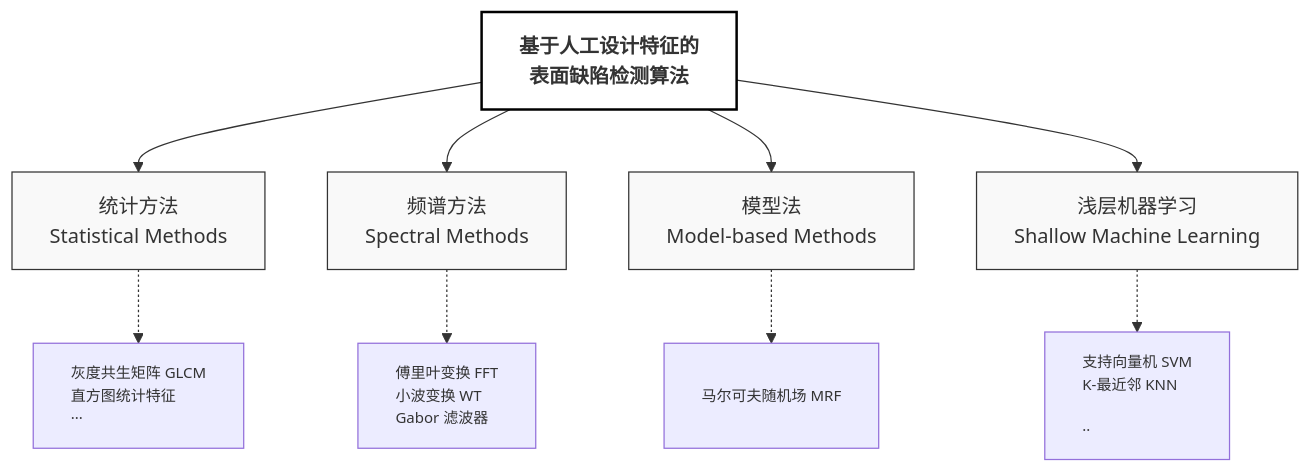
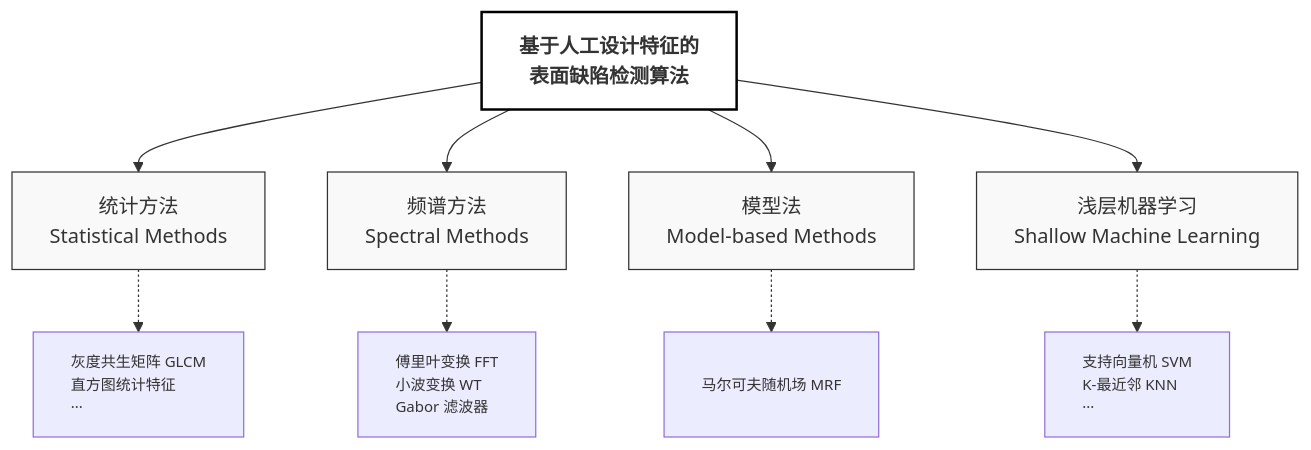
One commit to MAOSHENGsong/iodraw-files changed the diagram in all/未命名-1.md. Above: the diagram before and after it, drawn with Mermaid.

Commit message:
2026-03-17 18:28:52 update

````diff
--- a/all/未命名-1.md
+++ b/all/未命名-1.md
@@ -1,43 +1,43 @@
 ```mermaid
 graph TB
     %% 核心标题
     Main[
     基于人工设计特征的
     表面缺陷检测算法] 
     
     %% 第一层级：四大分支
     Statistical[统计方法<br/>Statistical Methods]
     Spectral[频谱方法<br/>Spectral Methods]
     Model[模型法<br/>Model-based Methods]
     Machine[浅层机器学习<br/>Shallow Machine Learning]
 
     %% 第二层级：典型算法
     Sub_Stat[灰度共生矩阵 GLCM<br/>直方图统计特征<br/>···]
     Sub_Spec[傅里叶变换 FFT<br/>小波变换 WT<br/>Gabor 滤波器]
     Sub_Mod[<br/>马尔可夫随机场 MRF<br/><br/>]
-    Sub_Mach[支持向量机 SVM<br/>K-最近邻 KNN<br/><br/>··]
+    Sub_Mach[支持向量机 SVM<br/>K-最近邻 KNN<br/>···]
 
     %% 建立连接
     Main --> Statistical
     Main --> Spectral
     Main --> Model
     Main --> Machine
 
     Statistical -.-> Sub_Stat
     Spectral -.-> Sub_Spec
     Model -.-> Sub_Mod
     Machine -.-> Sub_Mach
 
     %% 样式美化：论文通常使用白底黑字或淡色调
     style Main fill:#ffffff,stroke:#000,stroke-width:2px,font-weight:bold
     style Statistical fill:#f9f9f9,stroke:#333,stroke-width:1px
     style Spectral fill:#f9f9f9,stroke:#333,stroke-width:1px
     style Model fill:#f9f9f9,stroke:#333,stroke-width:1px
     style Machine fill:#f9f9f9,stroke:#333,stroke-width:1px
     
     %% 细化子项样式
     style Sub_Stat font-size:12px,text-align:left
     style Sub_Spec font-size:12px,text-align:left
     style Sub_Mod font-size:12px,text-align:left
     style Sub_Mach font-size:12px,text-align:left
 ```
````
